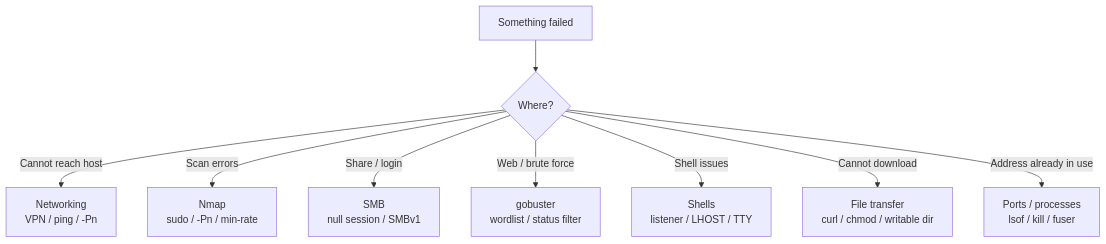
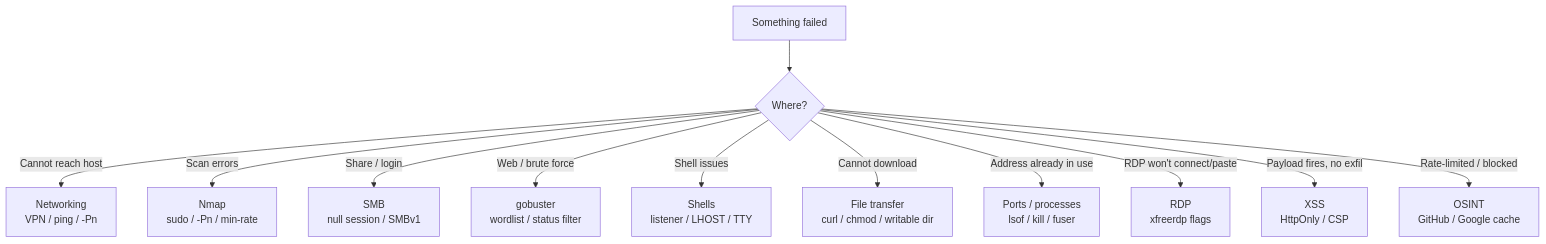
Before and after one commit to nekodas-neko/OSCP_STUDY: the diagram in OSCP-Vault/⚠️ Common Errors & Troubleshooting.md, drawn with Mermaid. The commit also changed other lines of this file and 69 other files, not shown here.

````diff
--- a/OSCP-Vault/⚠️ Common Errors & Troubleshooting.md
+++ b/OSCP-Vault/⚠️ Common Errors & Troubleshooting.md
@@ -15,11 +15,14 @@
 ```mermaid
 flowchart TD
     A["Something failed"] --> B{Where?}
     B -->|Cannot reach host| C["Networking<br/>VPN / ping / -Pn"]
     B -->|Scan errors| D["Nmap<br/>sudo / -Pn / min-rate"]
     B -->|Share / login| E["SMB<br/>null session / SMBv1"]
     B -->|Web / brute force| F["gobuster<br/>wordlist / status filter"]
     B -->|Shell issues| G["Shells<br/>listener / LHOST / TTY"]
     B -->|Cannot download| H["File transfer<br/>curl / chmod / writable dir"]
     B -->|Address already in use| I["Ports / processes<br/>lsof / kill / fuser"]
+    B -->|RDP won't connect/paste| J["RDP<br/>xfreerdp flags"]
+    B -->|Payload fires, no exfil| K["XSS<br/>HttpOnly / CSP"]
+    B -->|Rate-limited / blocked| L["OSINT<br/>GitHub / Google cache"]
 ```
````
